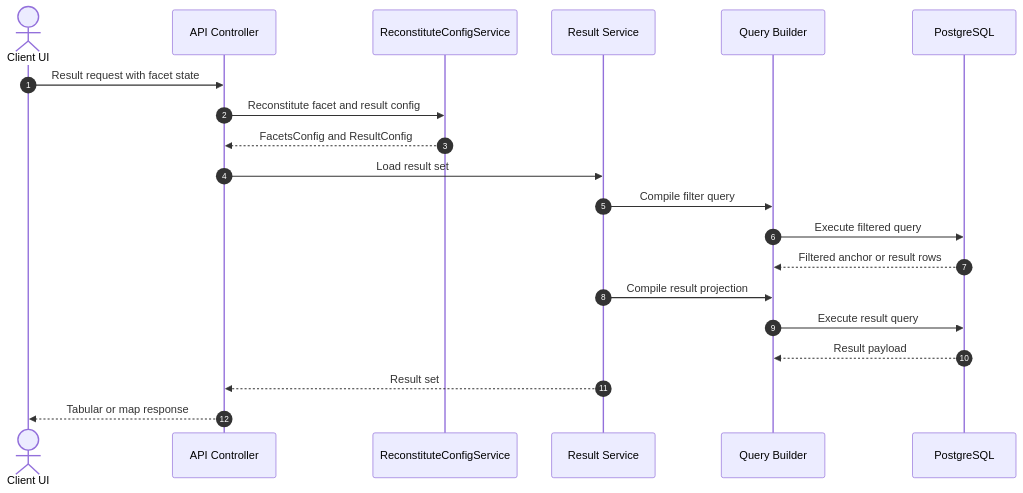
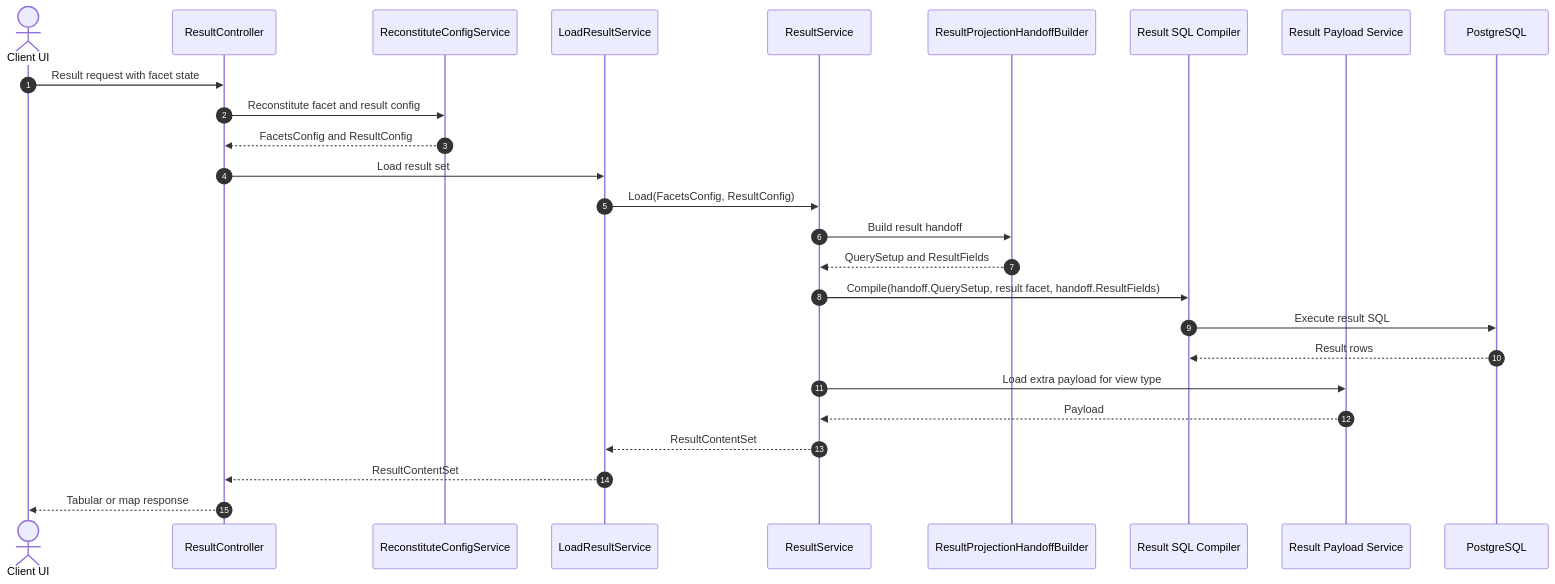
Before and after one commit to humlab-sead/sead_query_api: the fourth of 9 diagrams in docs/DIAGRAMS.md, drawn with Mermaid. The commit also changed other lines of this file and 29 other files, not shown here.

Commit message:
feat(core): complete phase 4 result-set parity

````diff
--- a/docs/DIAGRAMS.md
+++ b/docs/DIAGRAMS.md
@@ -113,23 +113,29 @@
 ```mermaid
 sequenceDiagram
     autonumber
     actor UI as Client UI
-    participant API as API Controller
+    participant API as ResultController
     participant RC as ReconstituteConfigService
-    participant RS as Result Service
-    participant QB as Query Builder
+    participant LRS as LoadResultService
+    participant RS as ResultService
+    participant HB as ResultProjectionHandoffBuilder
+    participant SQL as Result SQL Compiler
+    participant PAY as Result Payload Service
     participant DB as PostgreSQL
 
     UI->>API: Result request with facet state
     API->>RC: Reconstitute facet and result config
     RC-->>API: FacetsConfig and ResultConfig
-    API->>RS: Load result set
-    RS->>QB: Compile filter query
-    QB->>DB: Execute filtered query
-    DB-->>QB: Filtered anchor or result rows
-    RS->>QB: Compile result projection
-    QB->>DB: Execute result query
-    DB-->>QB: Result payload
-    RS-->>API: Result set
+    API->>LRS: Load result set
+    LRS->>RS: Load(FacetsConfig, ResultConfig)
+    RS->>HB: Build result handoff
+    HB-->>RS: QuerySetup and ResultFields
+    RS->>SQL: Compile(handoff.QuerySetup, result facet, handoff.ResultFields)
+    SQL->>DB: Execute result SQL
+    DB-->>SQL: Result rows
+    RS->>PAY: Load extra payload for view type
+    PAY-->>RS: Payload
+    RS-->>LRS: ResultContentSet
+    LRS-->>API: ResultContentSet
     API-->>UI: Tabular or map response
 ```
````
